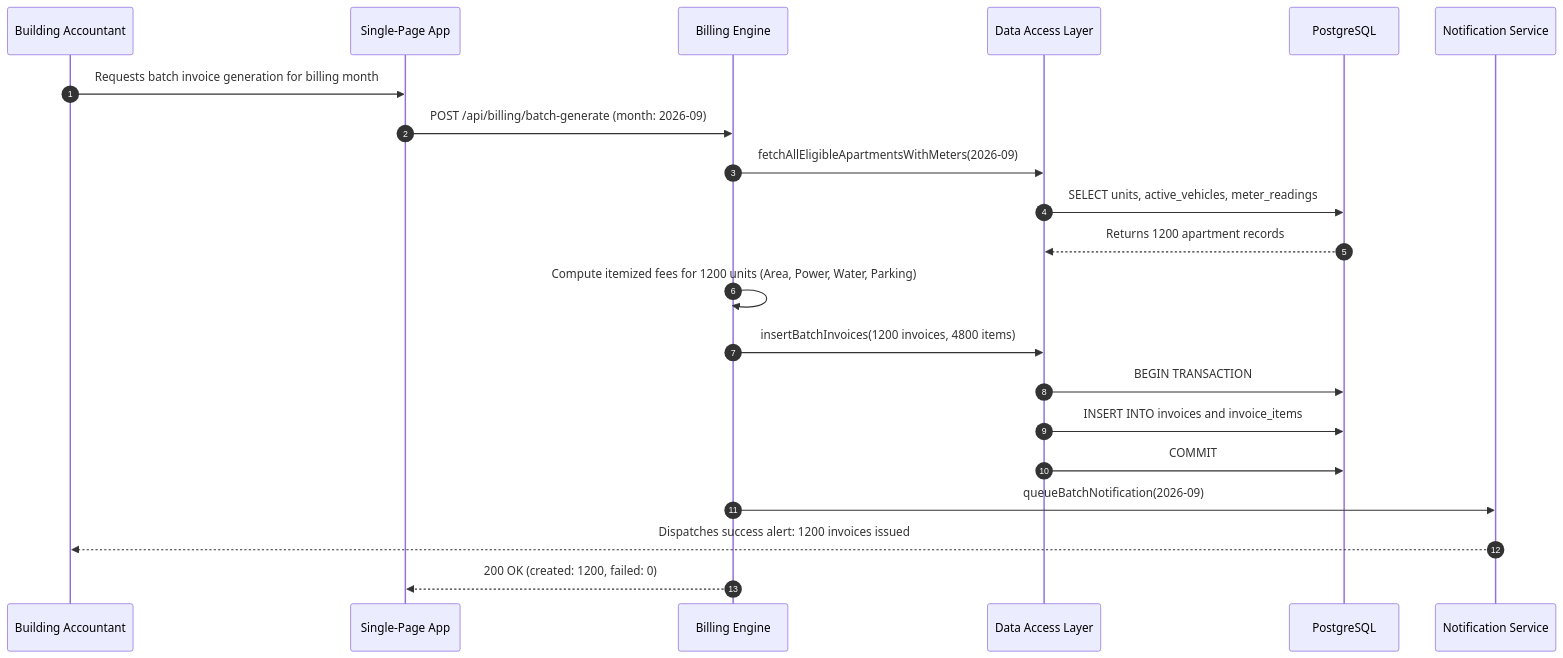
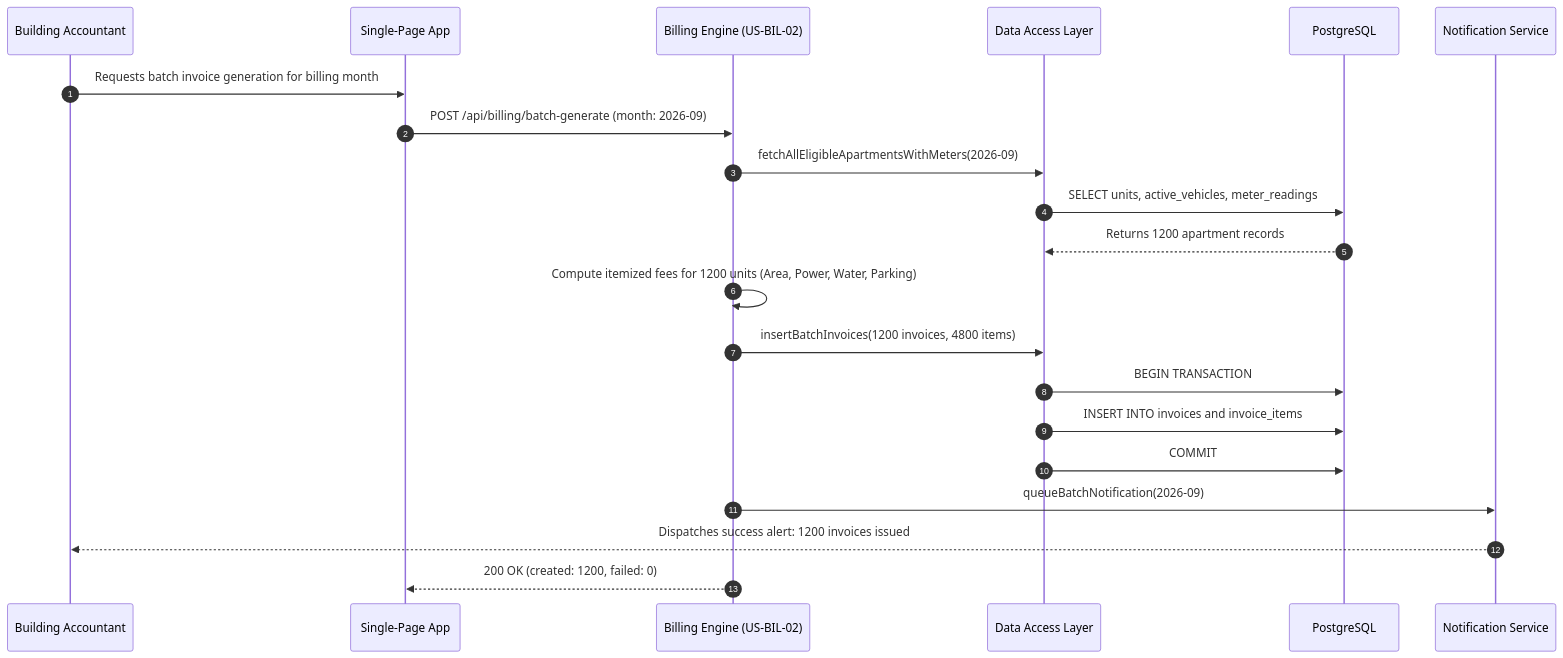
One commit to QuanAnh280605/NguyenAnhQuan-Household-Management changed the seventh of 10 diagrams in docs/ARCHITECTURE_C4.md. Above: the diagram before and after it, drawn with Mermaid. The commit also changed other lines of this file and 5 other files, not shown here.

Commit message:
docs: add comprehensive project documentation including C4 architecture, API specs, requirements, and UI/UX specifications

````diff
--- a/docs/ARCHITECTURE_C4.md
+++ b/docs/ARCHITECTURE_C4.md
@@ -297,24 +391,24 @@
 ```mermaid
 sequenceDiagram
     autonumber
     participant M as Building Accountant
     participant SPA as Single-Page App
-    participant BE as Billing Engine
+    participant BE as Billing Engine (US-BIL-02)
     participant DAL as Data Access Layer
     participant DB as PostgreSQL
     participant NS as Notification Service
 
     M->>SPA: Requests batch invoice generation for billing month
     SPA->>BE: POST /api/billing/batch-generate (month: 2026-09)
     BE->>DAL: fetchAllEligibleApartmentsWithMeters(2026-09)
     DAL->>DB: SELECT units, active_vehicles, meter_readings
     DB-->>DAL: Returns 1200 apartment records
     BE->>BE: Compute itemized fees for 1200 units (Area, Power, Water, Parking)
     BE->>DAL: insertBatchInvoices(1200 invoices, 4800 items)
     DAL->>DB: BEGIN TRANSACTION
     DAL->>DB: INSERT INTO invoices and invoice_items
     DAL->>DB: COMMIT
     BE->>NS: queueBatchNotification(2026-09)
     NS-->>M: Dispatches success alert: 1200 invoices issued
     BE-->>SPA: 200 OK (created: 1200, failed: 0)
 ```
````
